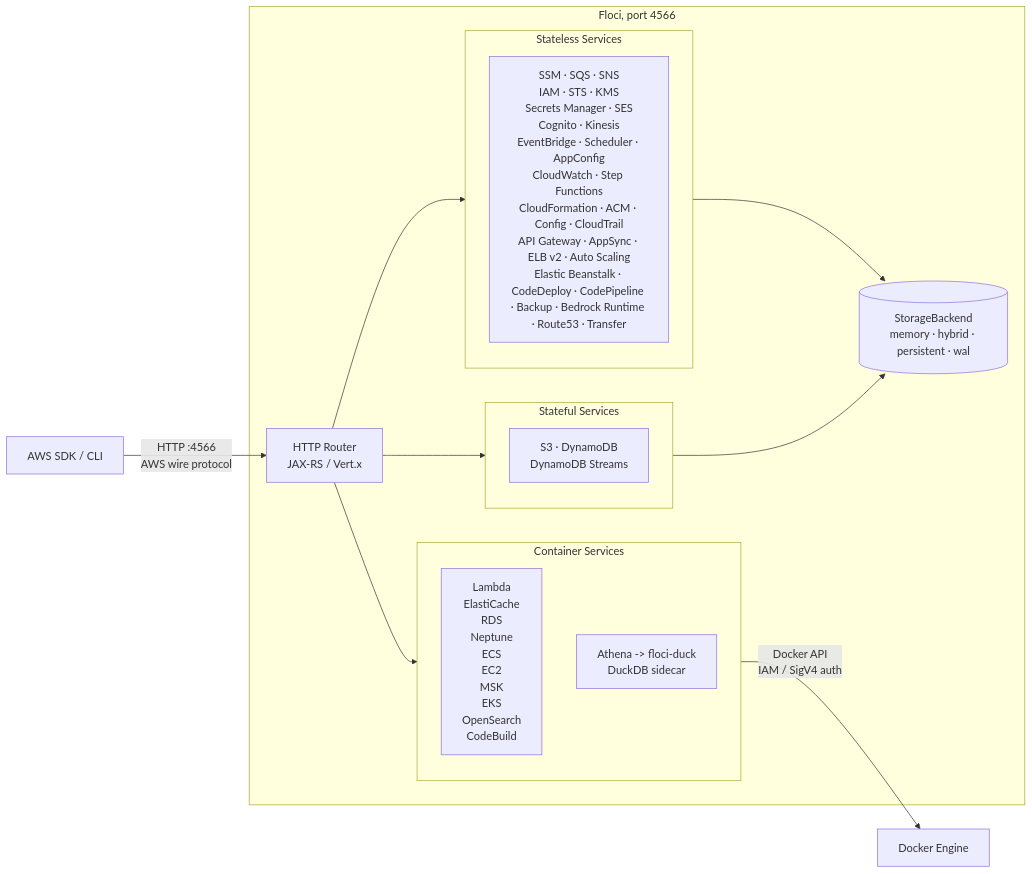
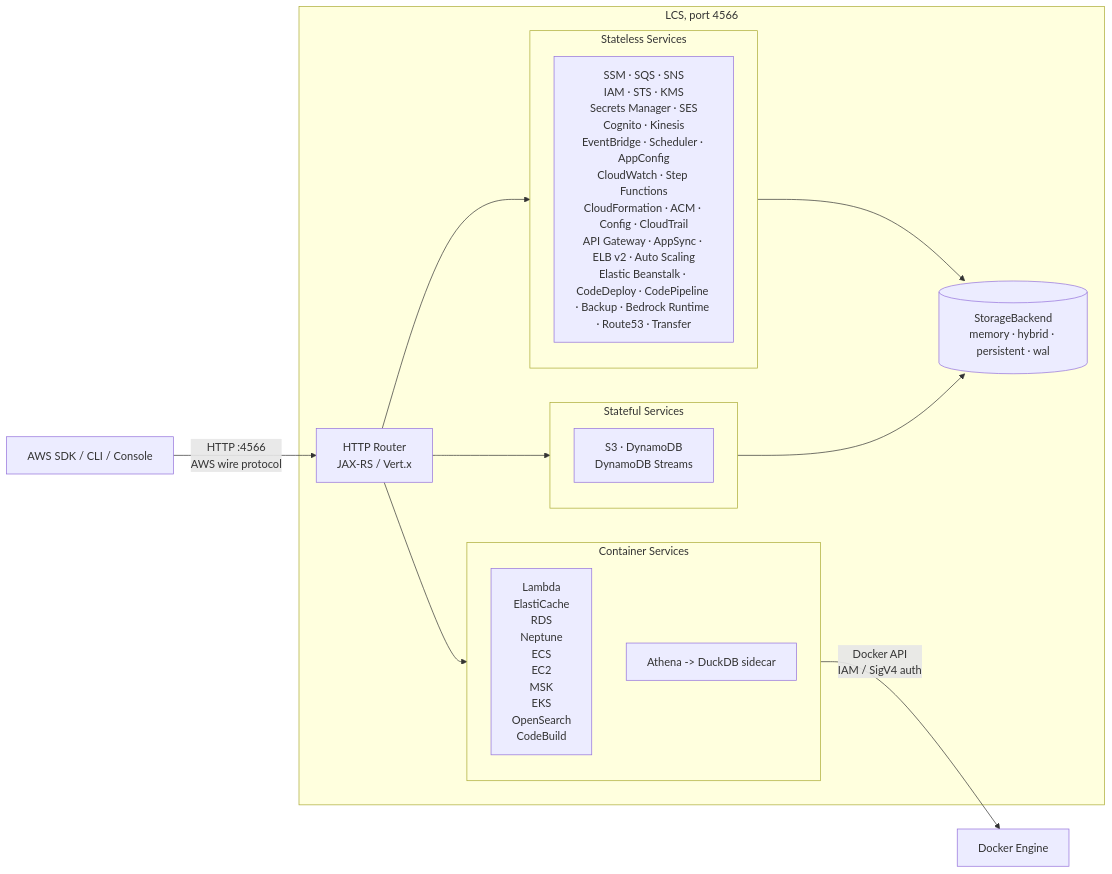
Before and after one commit to mkarjun/LCS: the diagram in README.md, drawn with Mermaid. The commit also changed other lines of this file and 6 other files, not shown here.

````diff
--- a/README.md
+++ b/README.md
@@ -270,30 +245,30 @@
 ```mermaid
 flowchart LR
-    Client["AWS SDK / CLI"]
+    Client["AWS SDK / CLI / Console"]
 
-    subgraph Floci ["Floci, port 4566"]
+    subgraph LCS ["LCS, port 4566"]
         Router["HTTP Router\nJAX-RS / Vert.x"]
 
         subgraph Stateless ["Stateless Services"]
             A["SSM · SQS · SNS\nIAM · STS · KMS\nSecrets Manager · SES\nCognito · Kinesis\nEventBridge · Scheduler · AppConfig\nCloudWatch · Step Functions\nCloudFormation · ACM · Config · CloudTrail\nAPI Gateway · AppSync · ELB v2 · Auto Scaling\nElastic Beanstalk · CodeDeploy · CodePipeline · Backup · Bedrock Runtime · Route53 · Transfer"]
         end
 
         subgraph Stateful ["Stateful Services"]
             B["S3 · DynamoDB\nDynamoDB Streams"]
         end
 
         subgraph Containers ["Container Services"]
             C["Lambda\nElastiCache\nRDS\nNeptune\nECS\nEC2\nMSK\nEKS\nOpenSearch\nCodeBuild"]
-            D["Athena -> floci-duck\nDuckDB sidecar"]
+            D["Athena -> DuckDB sidecar"]
         end
 
         Router --> Stateless
         Router --> Stateful
         Router --> Containers
         Stateless & Stateful --> Store[("StorageBackend\nmemory · hybrid · persistent · wal")]
     end
 
     Docker["Docker Engine"]
     Client -->|"HTTP :4566\nAWS wire protocol"| Router
     Containers -->|"Docker API\nIAM / SigV4 auth"| Docker
 ```
````
